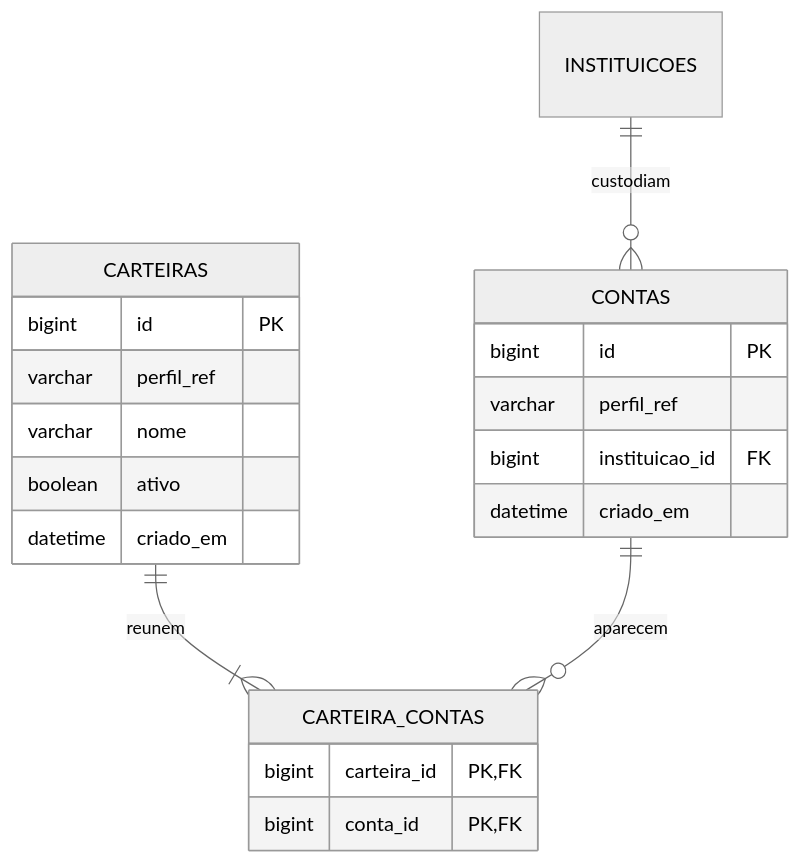
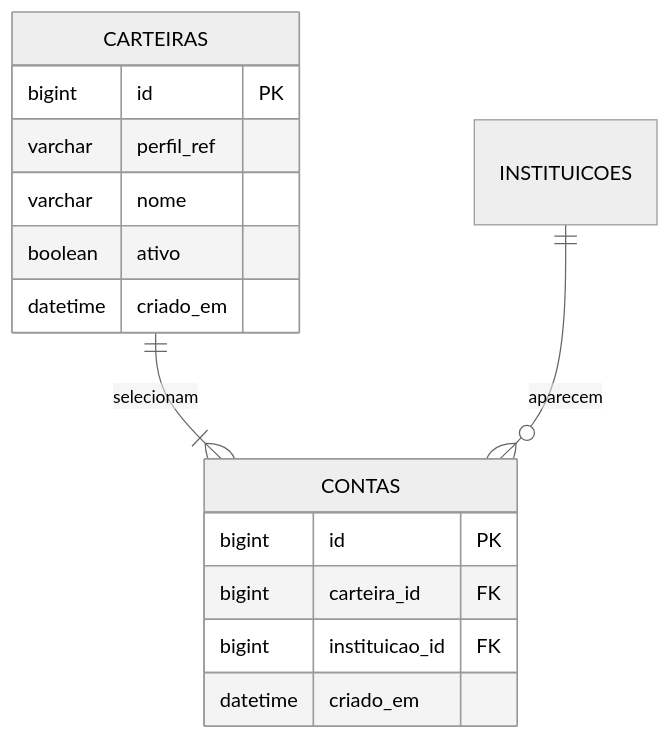
The diagram in docs/10-modelagem-de-carteiras.md (jaimeNafer/mvp-invest), drawn with Mermaid (neutral theme) before and after one commit. The commit also changed other lines of this file and 27 other files, not shown here.

````diff
--- a/docs/10-modelagem-de-carteiras.md
+++ b/docs/10-modelagem-de-carteiras.md
@@ -7,23 +9,18 @@
 ```mermaid
 erDiagram
-    CARTEIRAS ||--|{ CARTEIRA_CONTAS : reunem
-    CONTAS ||--o{ CARTEIRA_CONTAS : aparecem
-    INSTITUICOES ||--o{ CONTAS : custodiam
+    CARTEIRAS ||--|{ CONTAS : selecionam
+    INSTITUICOES ||--o{ CONTAS : aparecem
     CARTEIRAS {
         bigint id PK
         varchar perfil_ref
         varchar nome
         boolean ativo
         datetime criado_em
     }
     CONTAS {
         bigint id PK
-        varchar perfil_ref
+        bigint carteira_id FK
         bigint instituicao_id FK
         datetime criado_em
     }
-    CARTEIRA_CONTAS {
-        bigint carteira_id PK,FK
-        bigint conta_id PK,FK
-    }
 ```
````
